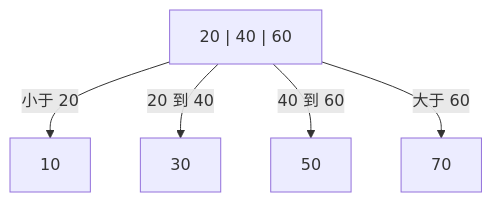
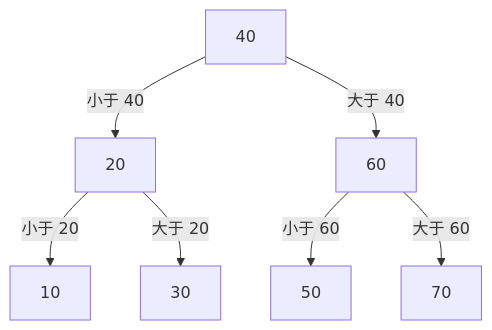
Before and after one commit to belos-street/kb-vault: the sixth of 6 diagrams in src/computer-science/data-structures/doc/07-search.md, drawn with Mermaid. The commit also changed other lines of this file and 3 other files, not shown here.

````diff
--- a/src/computer-science/data-structures/doc/07-search.md
+++ b/src/computer-science/data-structures/doc/07-search.md
@@ -672,7 +672,9 @@
 ```mermaid
 graph TB
-    R["20 | 40 | 60"] -->|"小于 20"| C1["10"]
-    R -->|"20 到 40"| C2["30"]
-    R -->|"40 到 60"| C3["50"]
-    R -->|"大于 60"| C4["70"]
+    R["40"] -->|"小于 40"| C20["20"]
+    R -->|"大于 40"| C60["60"]
+    C20 -->|"小于 20"| C1["10"]
+    C20 -->|"大于 20"| C2["30"]
+    C60 -->|"小于 60"| C3["50"]
+    C60 -->|"大于 60"| C4["70"]
 ```
````
